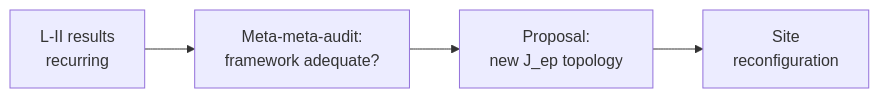
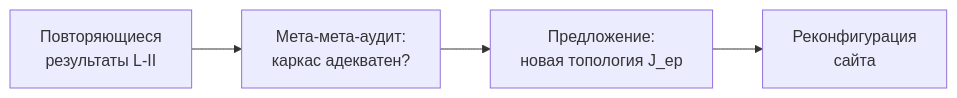
The third of 3 diagrams in docs/11-noesis/06-meta-reflection.md (gst-st/diakrisis), drawn with Mermaid before and after one commit. The commit also changed other lines of this file and 23 other files, not shown here.

````diff
--- a/docs/11-noesis/06-meta-reflection.md
+++ b/docs/11-noesis/06-meta-reflection.md
@@ -181,6 +181,6 @@
 ```mermaid
 graph LR
-    H["L-II results<br/>recurring"] --> I["Meta-meta-audit:<br/>framework adequate?"]
-    I --> J["Proposal:<br/>new J_ep topology"]
-    J --> K["Site<br/>reconfiguration"]
+    H["Повторяющиеся<br/>результаты L-II"] --> I["Мета-мета-аудит:<br/>каркас адекватен?"]
+    I --> J["Предложение:<br/>новая топология J_ep"]
+    J --> K["Реконфигурация<br/>сайта"]
 ```
````
